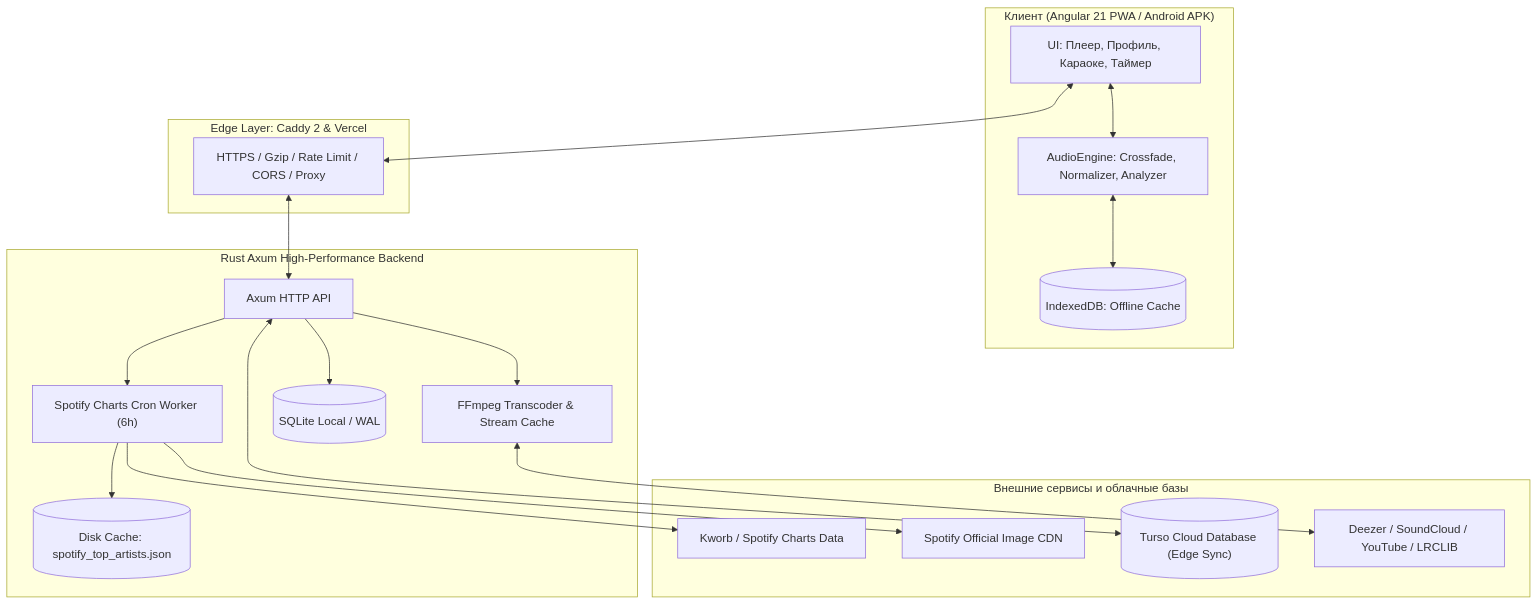
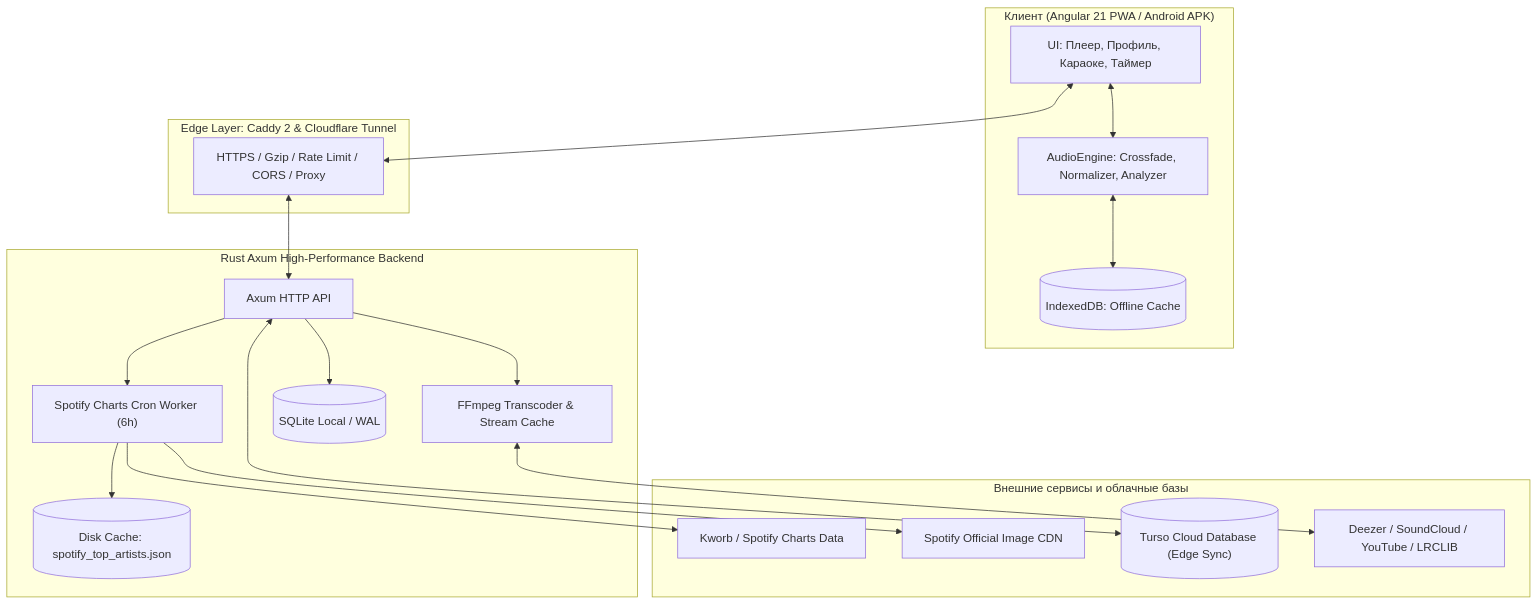
Before and after one commit to Ren4ik7284/Recro: the diagram in README.md, drawn with Mermaid. The commit also changed other lines of this file and 1 other file, not shown here.

Commit message:
docs: replace Vercel demo link with Cloudflare Tunnel mirror

````diff
--- a/README.md
+++ b/README.md
@@ -119,41 +119,41 @@
 ```mermaid
 flowchart TD
     subgraph Client["Клиент (Angular 21 PWA / Android APK)"]
         UI["UI: Плеер, Профиль, Караоке, Таймер"]
         AudioEng["AudioEngine: Crossfade, Normalizer, Analyzer"]
         OfflineStore[("IndexedDB: Offline Cache")]
         UI <--> AudioEng
         AudioEng <--> OfflineStore
     end
 
-    subgraph Edge["Edge Layer: Caddy 2 & Vercel"]
+    subgraph Edge["Edge Layer: Caddy 2 & Cloudflare Tunnel"]
         CaddyGate["HTTPS / Gzip / Rate Limit / CORS / Proxy"]
     end
 
     subgraph Backend["Rust Axum High-Performance Backend"]
         Router["Axum HTTP API"]
         SpotifyWorker["Spotify Charts Cron Worker (6h)"]
         StreamEng["FFmpeg Transcoder & Stream Cache"]
         DiscCache[("Disk Cache: spotify_top_artists.json")]
         LocalDB[("SQLite Local / WAL")]
 
         Router --> StreamEng
         Router --> SpotifyWorker
         SpotifyWorker --> DiscCache
         Router --> LocalDB
     end
 
     subgraph Cloud["Внешние сервисы и облачные базы"]
         Kworb["Kworb / Spotify Charts Data"]
         SpotifyCDN["Spotify Official Image CDN"]
         TursoCloud[("Turso Cloud Database (Edge Sync)")]
         Sources["Deezer / SoundCloud / YouTube / LRCLIB"]
     end
 
     UI <--> CaddyGate
     CaddyGate <--> Router
     SpotifyWorker --> Kworb
     SpotifyWorker --> SpotifyCDN
     Router <--> TursoCloud
     StreamEng <--> Sources
 ```
````
